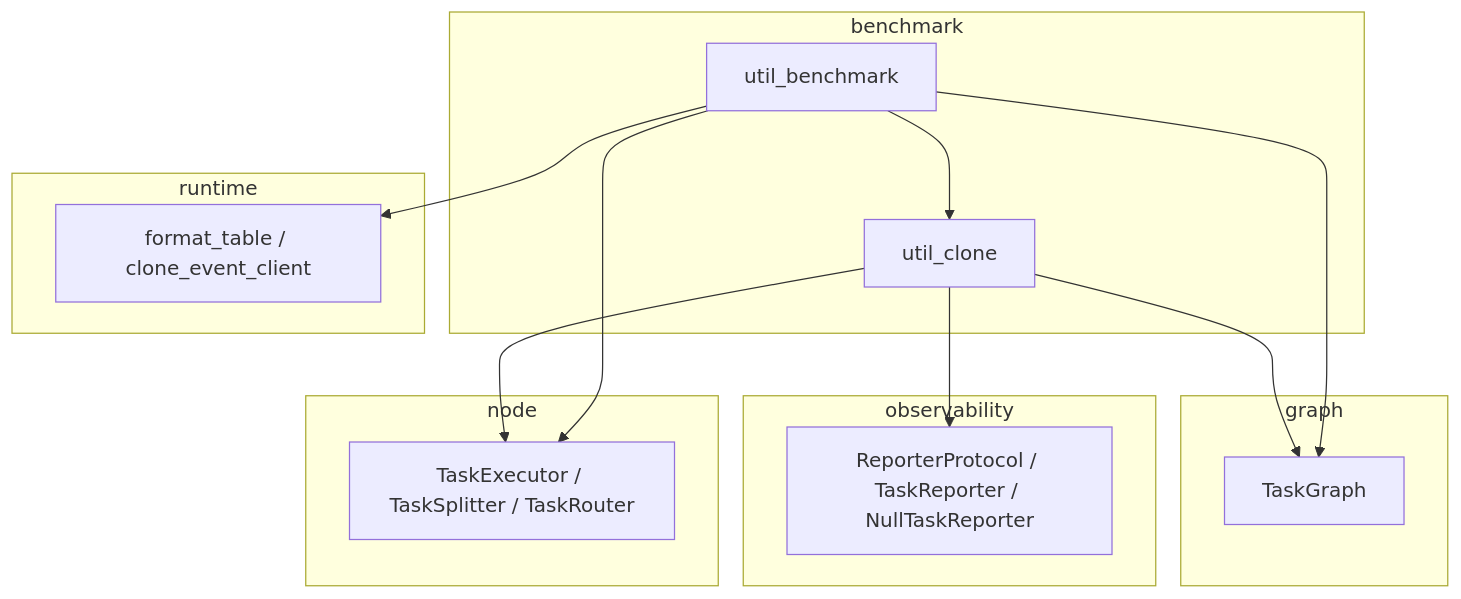
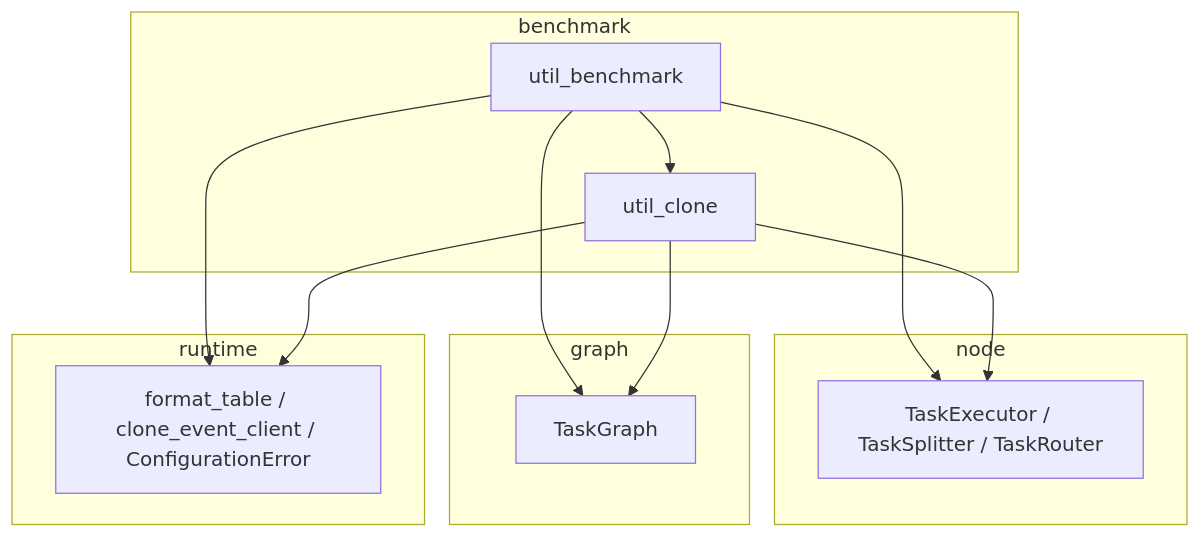
Before and after one commit to Mr-xiaotian/CelestialFlow: the diagram in docs/zh-CN/src/benchmark/__init__.md, drawn with Mermaid. The commit also changed other lines of this file and 74 other files, not shown here.

````diff
--- a/docs/zh-CN/src/benchmark/__init__.md
+++ b/docs/zh-CN/src/benchmark/__init__.md
@@ -57,31 +57,27 @@
 ```mermaid
 graph TD
     subgraph benchmark
         UB["util_benchmark"]
         UC["util_clone"]
     end
 
     subgraph node
         S["TaskExecutor / TaskSplitter / TaskRouter"]
     end
 
     subgraph graph
         G["TaskGraph"]
     end
 
     subgraph runtime
-        R["format_table / clone_event_client"]
-    end
-
-    subgraph observability
-        O["ReporterProtocol / TaskReporter / NullTaskReporter"]
+        R["format_table / clone_event_client / ConfigurationError"]
     end
 
     UB --> UC
     UB --> S
     UB --> G
     UB --> R
     UC --> S
     UC --> G
-    UC --> O
+    UC --> R
 ```
````
